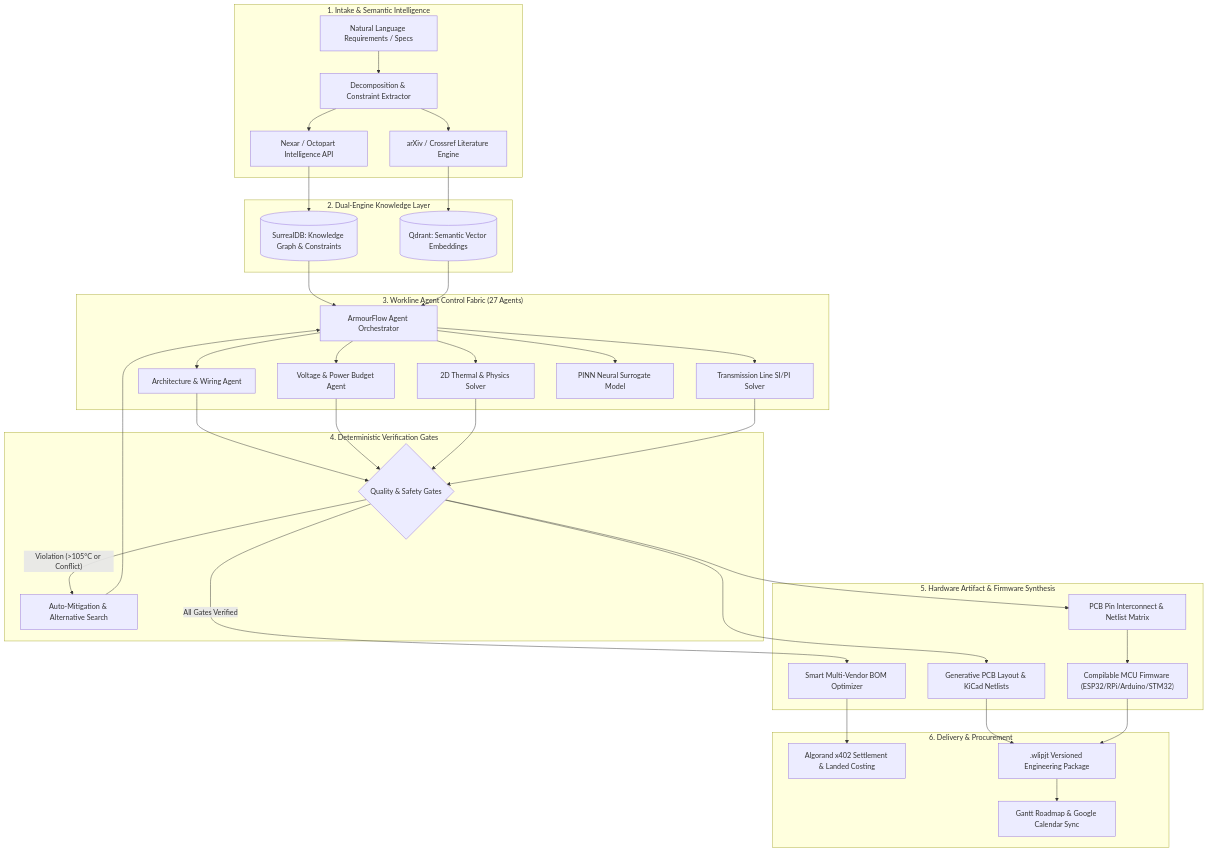
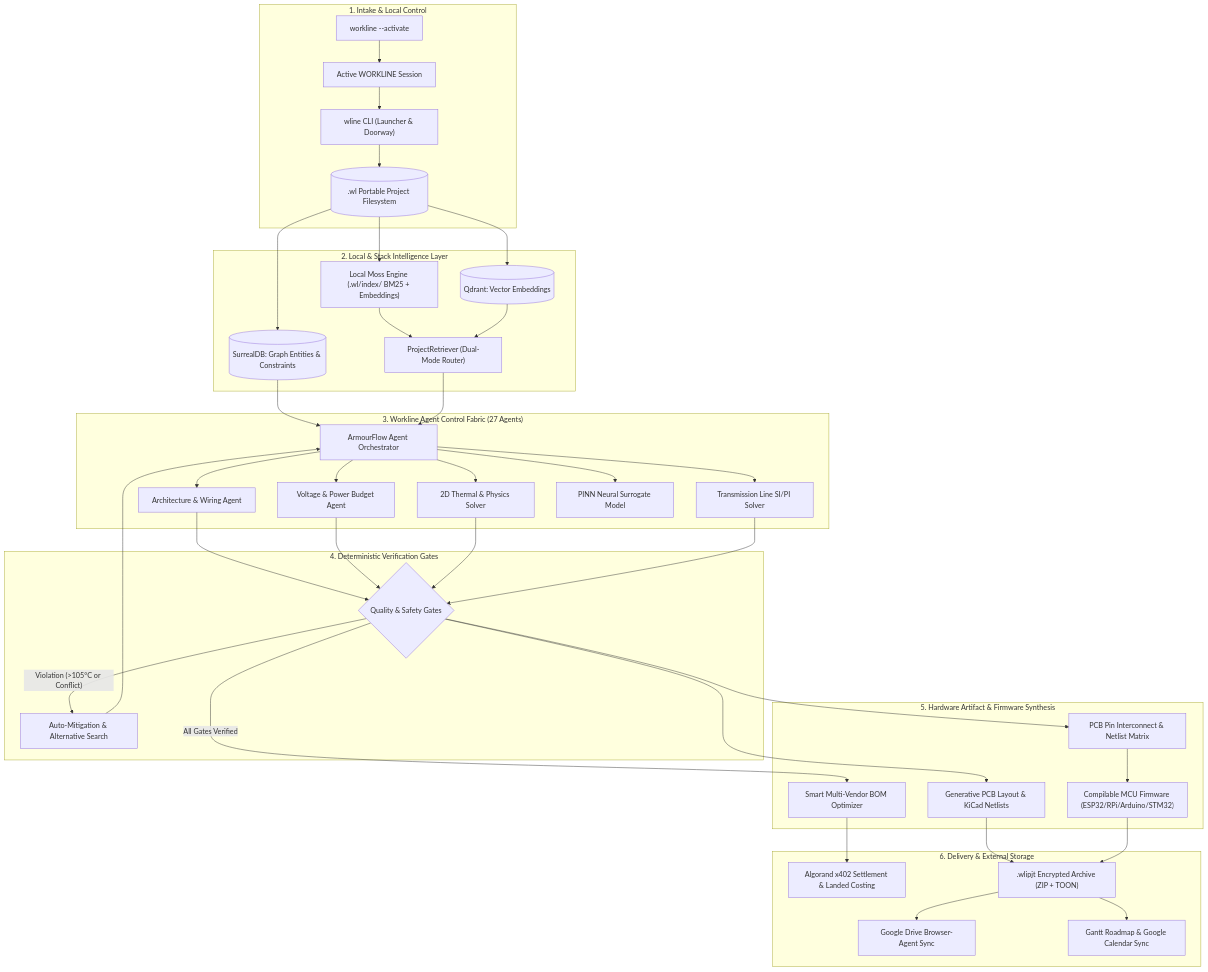
The diagram in README.md (callmetechnophile/workline), drawn with Mermaid before and after one commit. The commit also changed other lines of this file and 35 other files, not shown here.

Commit message:
docs: update README.md with canonical wline command model, local intelligence architecture, and Google Drive browser agent

````diff
--- a/README.md
+++ b/README.md
@@ -46,41 +51,44 @@
 ```mermaid
 flowchart TD
-    subgraph INTAKE ["1. Intake & Semantic Intelligence"]
-        REQ["Natural Language Requirements / Specs"] --> NLP["Decomposition & Constraint Extractor"]
-        NLP --> NEXAR["Nexar / Octopart Intelligence API"]
-        NLP --> SCHOLAR["arXiv / Crossref Literature Engine"]
+    subgraph INTAKE ["1. Intake & Local Control"]
+        ACT["workline --activate"] --> ENV["Active WORKLINE Session"]
+        ENV --> WLINE["wline CLI (Launcher & Doorway)"]
+        WLINE --> WL[(".wl Portable Project Filesystem")]
     end
 
-    subgraph MEMORY ["2. Dual-Engine Knowledge Layer"]
-        NEXAR --> SDB[("SurrealDB: Knowledge Graph & Constraints")]
-        SCHOLAR --> QDR[("Qdrant: Semantic Vector Embeddings")]
+    subgraph MEMORY ["2. Local & Stack Intelligence Layer"]
+        WL --> MOSS["Local Moss Engine (.wl/index/ BM25 + Embeddings)"]
+        WL --> SDB[("SurrealDB: Graph Entities & Constraints")]
+        WL --> QDR[("Qdrant: Vector Embeddings")]
+        MOSS & QDR --> RETR["ProjectRetriever (Dual-Mode Router)"]
     end
 
     subgraph FABRIC ["3. Workline Agent Control Fabric (27 Agents)"]
-        SDB & QDR --> COORD["ArmourFlow Agent Orchestrator"]
+        SDB & RETR --> COORD["ArmourFlow Agent Orchestrator"]
         COORD --> ARCH["Architecture & Wiring Agent"]
         COORD --> VOLT["Voltage & Power Budget Agent"]
         COORD --> THERM["2D Thermal & Physics Solver"]
         COORD --> SIPI["Transmission Line SI/PI Solver"]
         COORD --> PINN["PINN Neural Surrogate Model"]
     end
 
     subgraph GATES ["4. Deterministic Verification Gates"]
         ARCH & VOLT & THERM & SIPI --> GATE{"Quality & Safety Gates"}
         GATE -- "Violation (>105°C or Conflict)" --> REPLAN["Auto-Mitigation & Alternative Search"]
         REPLAN --> COORD
     end
 
     subgraph SYNTH ["5. Hardware Artifact & Firmware Synthesis"]
         GATE -- "All Gates Verified" --> BOM["Smart Multi-Vendor BOM Optimizer"]
         GATE --> PINOUT["PCB Pin Interconnect & Netlist Matrix"]
         PINOUT --> FW["Compilable MCU Firmware (ESP32/RPi/Arduino/STM32)"]
         GATE --> EDA["Generative PCB Layout & KiCad Netlists"]
     end
 
-    subgraph DELIVERY ["6. Delivery & Procurement"]
+    subgraph DELIVERY ["6. Delivery & External Storage"]
         BOM --> X402["Algorand x402 Settlement & Landed Costing"]
-        EDA & FW --> PKG[".wlipjt Versioned Engineering Package"]
+        EDA & FW --> PKG[".wlipjt Encrypted Archive (ZIP + TOON)"]
+        PKG --> GDRIVE["Google Drive Browser-Agent Sync"]
         PKG --> CAL["Gantt Roadmap & Google Calendar Sync"]
     end
 ```
````
